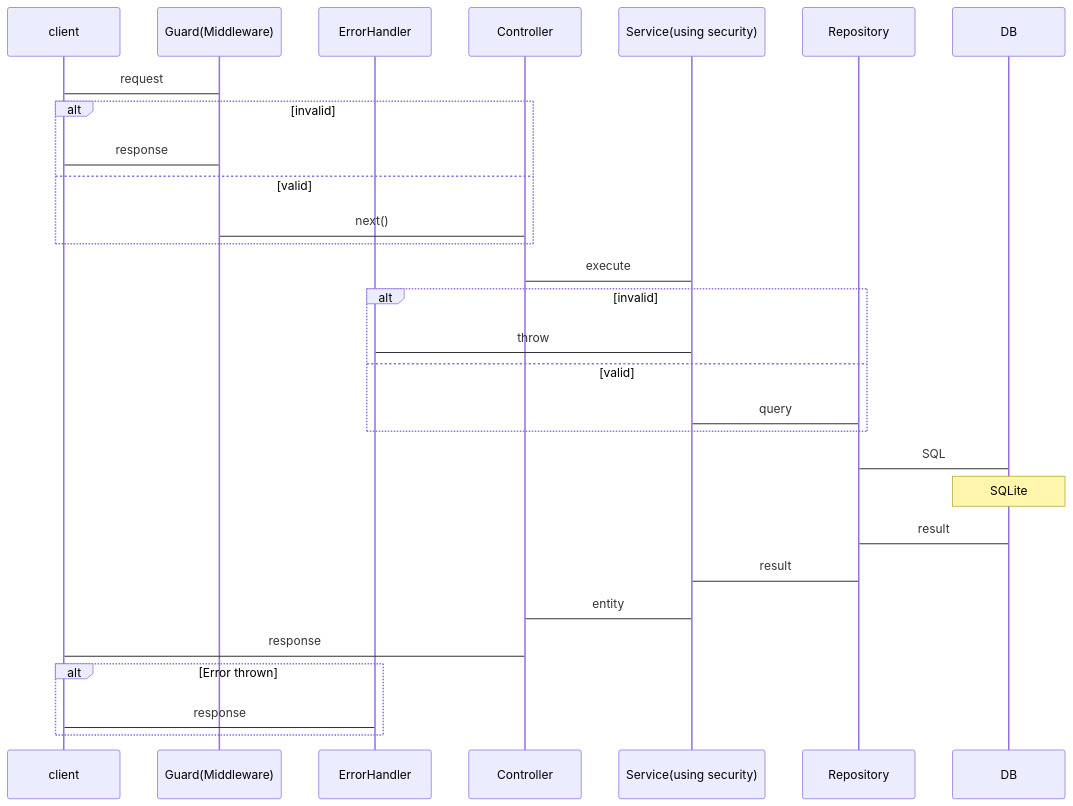
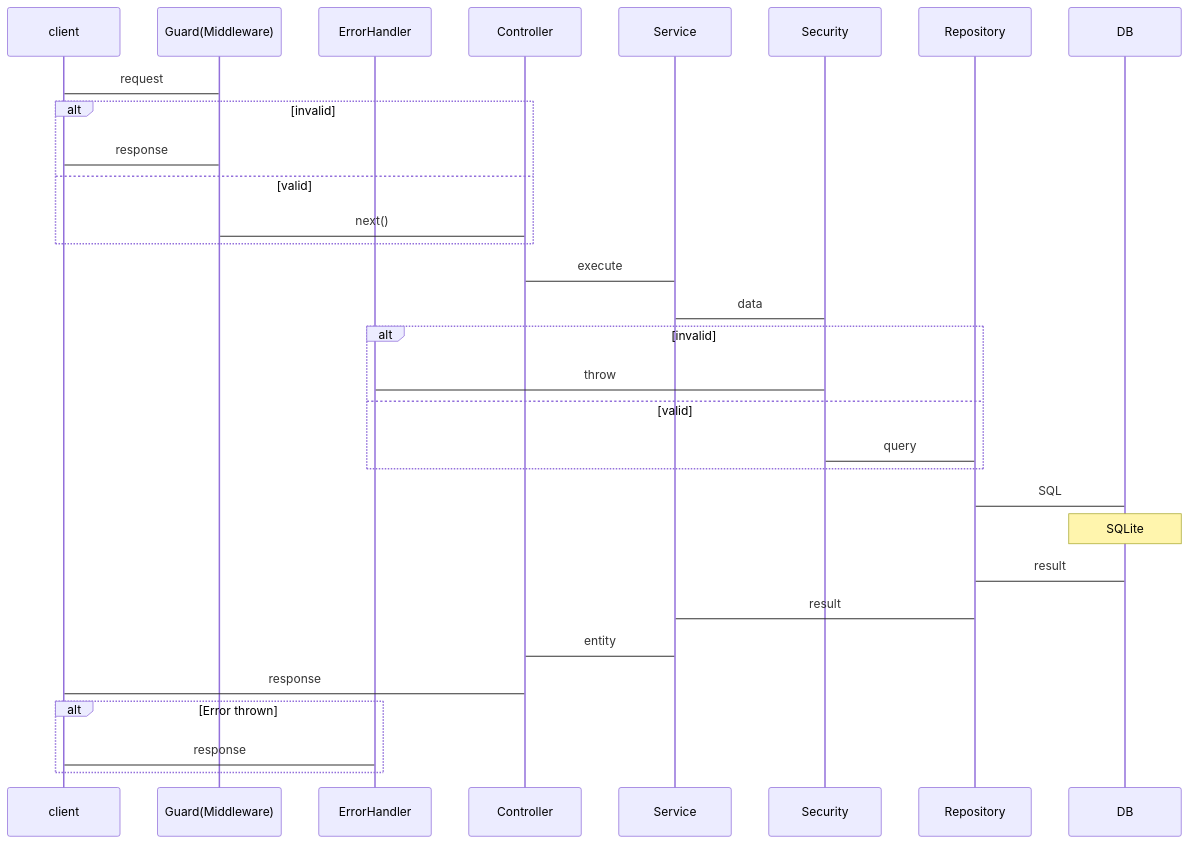
One commit to fujitashuichi/shared-driven-layered-ddd changed the second of 2 diagrams in README.md. Above: the diagram before and after it, drawn with Mermaid. The commit also changed other lines of this file and 41 other files, not shown here.

````diff
--- a/README.md
+++ b/README.md
@@ -36,32 +48,34 @@
 ```mermaid
 sequenceDiagram
   participant client
   participant Guard as Guard(Middleware)
   participant Error as ErrorHandler
   participant Controller
-  participant Service as Service(using security)
+  participant Service
+  participant Security
   participant Repository
   participant DB
 
   client -> Guard: request
   alt invalid
     Guard -> client: response
   else valid
     Guard -> Controller: next()
   end
   Controller -> Service: execute
+  Service -> Security: data
   alt invalid
-    Service -> Error: throw
+    Security -> Error: throw
   else valid
-    Service -> Repository: query
+    Security -> Repository: query
   end
   Repository -> DB: SQL
   Note over DB: SQLite
   DB -> Repository: result
   Repository -> Service: result
   Service -> Controller: entity
   Controller -> client: response
   alt Error thrown
     Error -> client: response
   end
 ```
````
